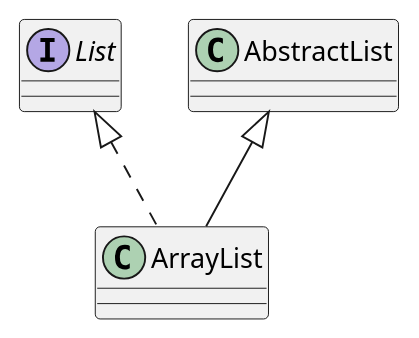
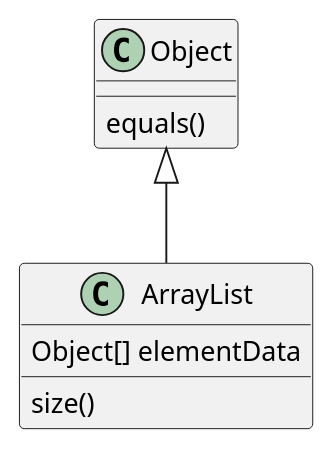
One commit to gfcrodriguespuc/workshop-projeto-software-c4-model changed the diagram in docs/class.puml. Above: the diagram before and after it, drawn with PlantUML.

Commit message:
Troca diagrama de classes

```diff
--- a/docs/class.puml
+++ b/docs/class.puml
@@ -1,4 +1,8 @@
 @startuml
-class ArrayList implements List
-class ArrayList extends AbstractList
+Object <|-- ArrayList
+
+Object : equals()
+ArrayList : Object[] elementData
+ArrayList : size()
+
 @enduml
```
